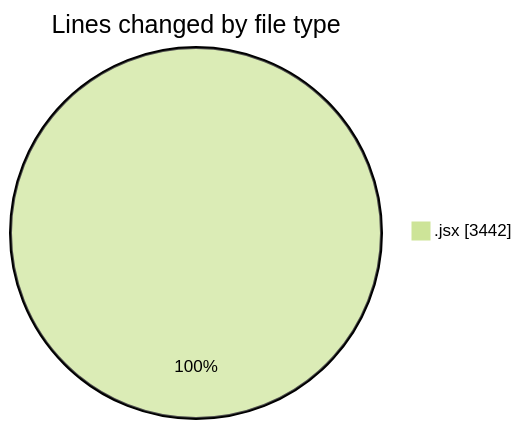
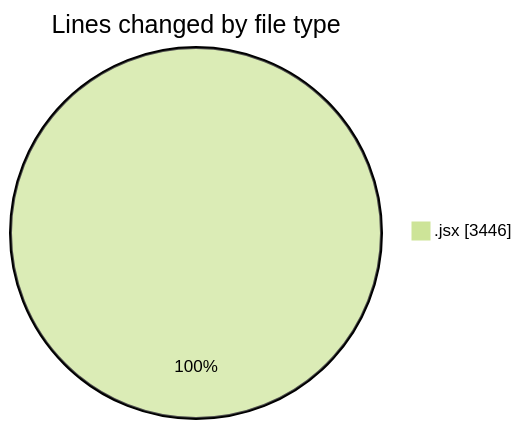
One commit to nxtqubesakshisongat/code-tracking changed the first of 2 diagrams in 2025-05-14/argos-dev/README.md. Above: the diagram before and after it, drawn with Mermaid (forest theme). The commit also changed other lines of this file and 1 other file, not shown here.

````diff
--- a/2025-05-14/argos-dev/README.md
+++ b/2025-05-14/argos-dev/README.md
@@ -24,5 +24,5 @@
 ```mermaid
 pie showData
 title Lines changed by file type
-".jsx" : 3442
+".jsx" : 3446
 ```
````
